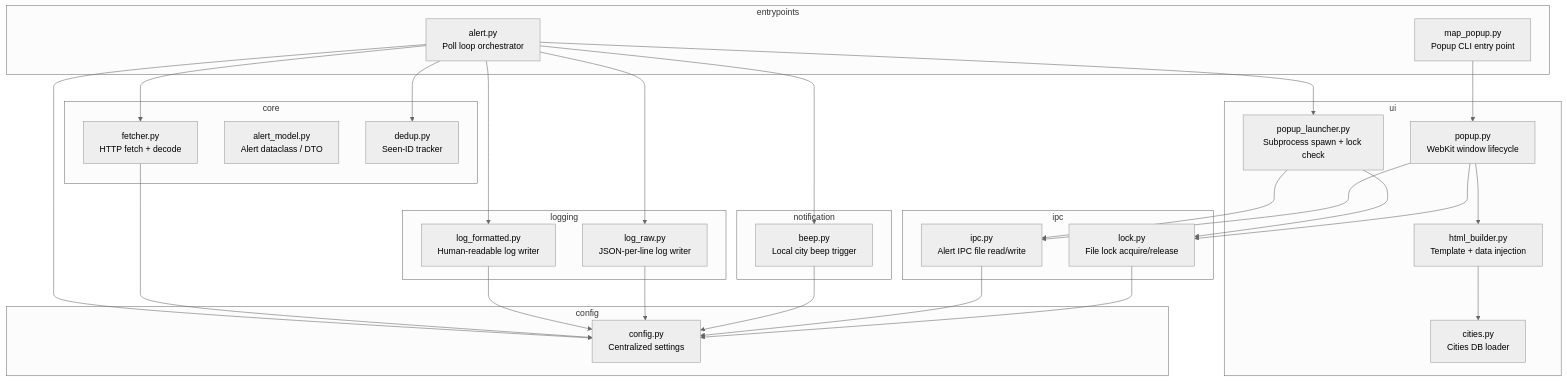
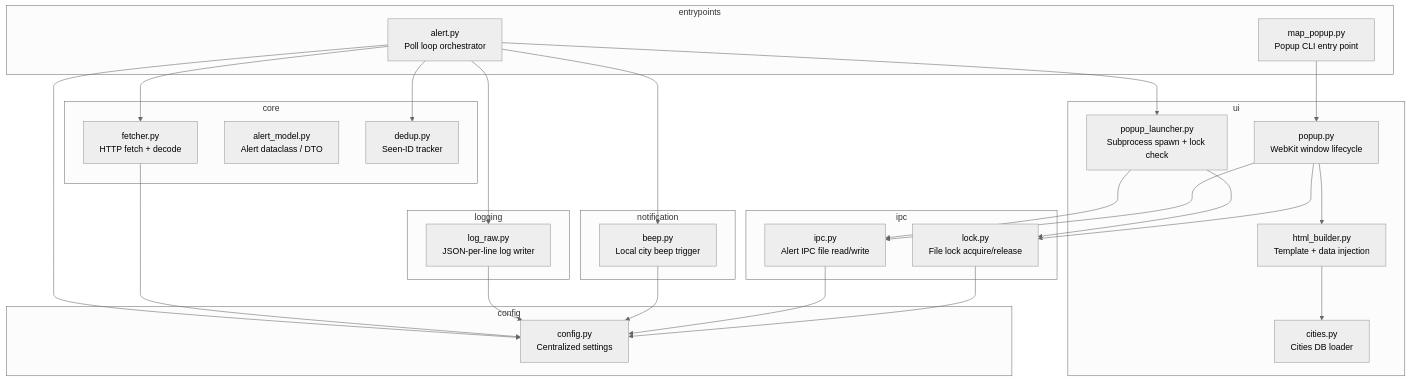
One commit to slavash/oref-alerts changed the diagram in design-doc.md. Above: the diagram before and after it, drawn with Mermaid (neutral theme). The commit also changed other lines of this file and 5 other files, not shown here.

First line of the commit message:
Remove formatted log functionality

````diff
--- a/design-doc.md
+++ b/design-doc.md
@@ -71,62 +71,59 @@
 ```mermaid
 graph TD
     subgraph config
         CFG[config.py<br/>Centralized settings]
     end
 
     subgraph core
         FETCH[fetcher.py<br/>HTTP fetch + decode]
         PARSE[alert_model.py<br/>Alert dataclass / DTO]
         DEDUP[dedup.py<br/>Seen-ID tracker]
     end
 
     subgraph logging_mod[logging]
-        FMTLOG[log_formatted.py<br/>Human-readable log writer]
         RAWLOG[log_raw.py<br/>JSON-per-line log writer]
     end
 
     subgraph notification
         BEEP[beep.py<br/>Local city beep trigger]
     end
 
     subgraph ipc
         IPC_FILE[ipc.py<br/>Alert IPC file read/write]
         LOCK[lock.py<br/>File lock acquire/release]
     end
 
     subgraph ui
         HTML[html_builder.py<br/>Template + data injection]
         CITIES[cities.py<br/>Cities DB loader]
         POPUP[popup.py<br/>WebKit window lifecycle]
         LAUNCHER[popup_launcher.py<br/>Subprocess spawn + lock check]
     end
 
     subgraph entrypoints
         MAIN[alert.py<br/>Poll loop orchestrator]
         CLI[map_popup.py<br/>Popup CLI entry point]
     end
 
     MAIN --> CFG
     MAIN --> FETCH
     MAIN --> DEDUP
-    MAIN --> FMTLOG
     MAIN --> RAWLOG
     MAIN --> BEEP
     MAIN --> LAUNCHER
 
     LAUNCHER --> IPC_FILE
     LAUNCHER --> LOCK
 
     CLI --> POPUP
     POPUP --> IPC_FILE
     POPUP --> LOCK
     POPUP --> HTML
     HTML --> CITIES
 
     FETCH --> CFG
-    FMTLOG --> CFG
     RAWLOG --> CFG
     BEEP --> CFG
     IPC_FILE --> CFG
     LOCK --> CFG
 ```
````
